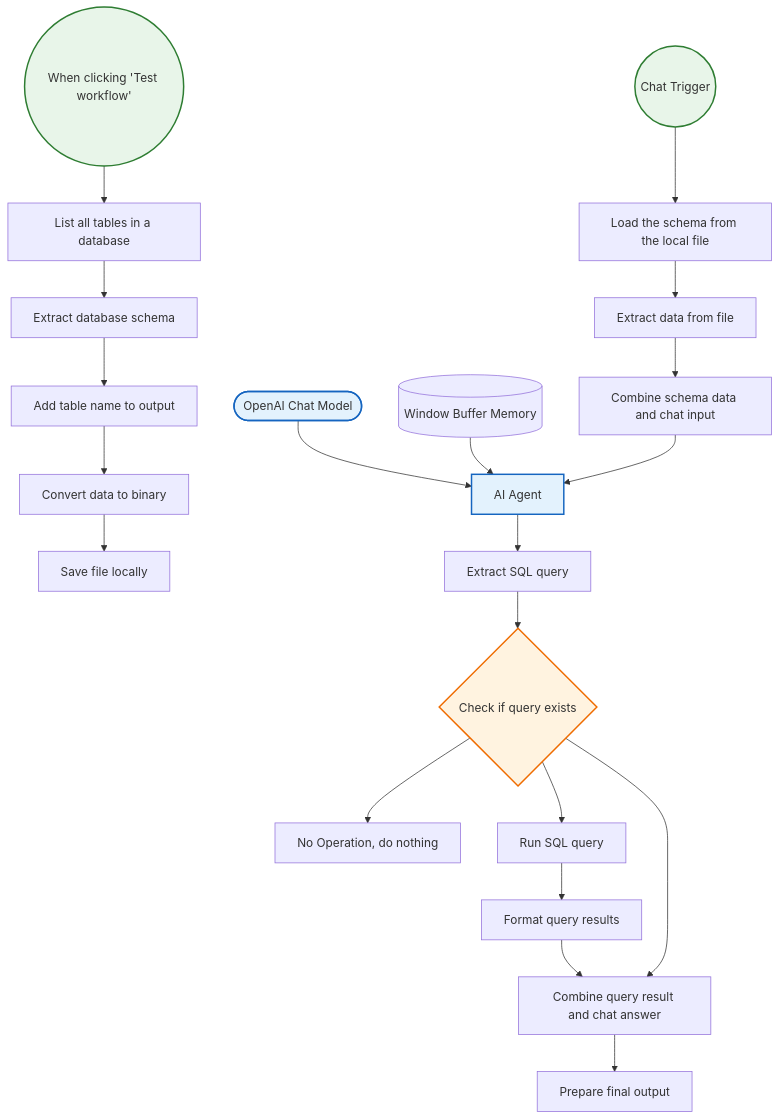
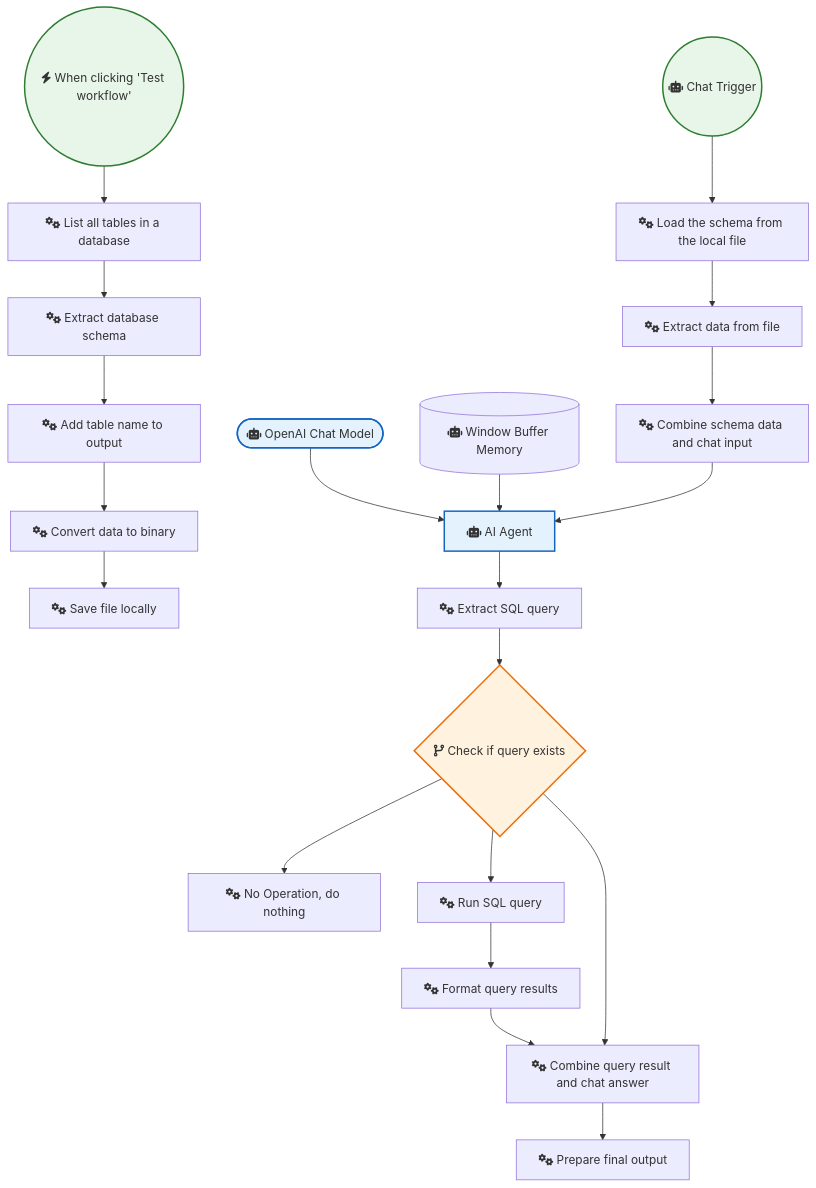
One commit to sreyash3105/N8N-DEMO-AUTOMATIONS changed the diagram in Database_and_Storage/Generate SQL queries from schema only - AI-powered.md. Above: the diagram before and after it, drawn with Mermaid. The commit also changed 291 other files, not shown here.

````diff
--- a/Database_and_Storage/Generate SQL queries from schema only - AI-powered.md
+++ b/Database_and_Storage/Generate SQL queries from schema only - AI-powered.md
@@ -1,47 +1,47 @@
 ```mermaid
 graph TD
     classDef trigger fill:#e8f5e9,stroke:#2e7d32,stroke-width:2px;
     classDef ai fill:#e3f2fd,stroke:#1565c0,stroke-width:2px;
     classDef logic fill:#fff3e0,stroke:#ef6c00,stroke-width:2px;
 
-    OpenAI_Chat_Model(["OpenAI Chat Model"]):::ai
-    Window_Buffer_Memory[("Window Buffer Memory")]
-    No_Operation__do_nothing["No Operation, do nothing"]
-    List_all_tables_in_a_database["List all tables in a database"]
-    Extract_database_schema["Extract database schema"]
-    Add_table_name_to_output["Add table name to output"]
-    Convert_data_to_binary["Convert data to binary"]
-    Save_file_locally["Save file locally"]
-    Extract_data_from_file["Extract data from file"]
-    Chat_Trigger(("Chat Trigger")):::trigger
-    AI_Agent["AI Agent"]:::ai
-    When_clicking__Test_workflow_(("When clicking 'Test workflow'")):::trigger
-    Combine_schema_data_and_chat_input["Combine schema data and chat input"]
-    Load_the_schema_from_the_local_file["Load the schema from the local file"]
-    Extract_SQL_query["Extract SQL query"]
-    Check_if_query_exists{"Check if query exists"}:::logic
-    Format_query_results["Format query results"]
-    Run_SQL_query["Run SQL query"]
-    Prepare_final_output["Prepare final output"]
-    Combine_query_result_and_chat_answer["Combine query result and chat answer"]
+    OpenAI_Chat_Model(["fas:fa-robot OpenAI Chat Model"]):::ai
+    Window_Buffer_Memory[("fas:fa-robot Window Buffer Memory")]
+    No_Operation__do_nothing["fas:fa-cogs No Operation, do nothing"]
+    List_all_tables_in_a_database["fas:fa-cogs List all tables in a database"]
+    Extract_database_schema["fas:fa-cogs Extract database schema"]
+    Add_table_name_to_output["fas:fa-cogs Add table name to output"]
+    Convert_data_to_binary["fas:fa-cogs Convert data to binary"]
+    Save_file_locally["fas:fa-cogs Save file locally"]
+    Extract_data_from_file["fas:fa-cogs Extract data from file"]
+    Chat_Trigger(("fas:fa-robot Chat Trigger")):::trigger
+    AI_Agent["fas:fa-robot AI Agent"]:::ai
+    When_clicking__Test_workflow_(("fas:fa-bolt When clicking 'Test workflow'")):::trigger
+    Combine_schema_data_and_chat_input["fas:fa-cogs Combine schema data and chat input"]
+    Load_the_schema_from_the_local_file["fas:fa-cogs Load the schema from the local file"]
+    Extract_SQL_query["fas:fa-cogs Extract SQL query"]
+    Check_if_query_exists{"fas:fa-code-branch Check if query exists"}:::logic
+    Format_query_results["fas:fa-cogs Format query results"]
+    Run_SQL_query["fas:fa-cogs Run SQL query"]
+    Prepare_final_output["fas:fa-cogs Prepare final output"]
+    Combine_query_result_and_chat_answer["fas:fa-cogs Combine query result and chat answer"]
 
     AI_Agent --> Extract_SQL_query
     Chat_Trigger --> Load_the_schema_from_the_local_file
     Run_SQL_query --> Format_query_results
     Extract_SQL_query --> Check_if_query_exists
     OpenAI_Chat_Model --> AI_Agent
     Format_query_results --> Combine_query_result_and_chat_answer
     Window_Buffer_Memory --> AI_Agent
     Check_if_query_exists --> Run_SQL_query
     Check_if_query_exists --> Combine_query_result_and_chat_answer
     Check_if_query_exists --> No_Operation__do_nothing
     Convert_data_to_binary --> Save_file_locally
     Extract_data_from_file --> Combine_schema_data_and_chat_input
     Extract_database_schema --> Add_table_name_to_output
     Add_table_name_to_output --> Convert_data_to_binary
     List_all_tables_in_a_database --> Extract_database_schema
     When_clicking__Test_workflow_ --> List_all_tables_in_a_database
     Combine_schema_data_and_chat_input --> AI_Agent
     Load_the_schema_from_the_local_file --> Extract_data_from_file
     Combine_query_result_and_chat_answer --> Prepare_final_output
 ```
````
